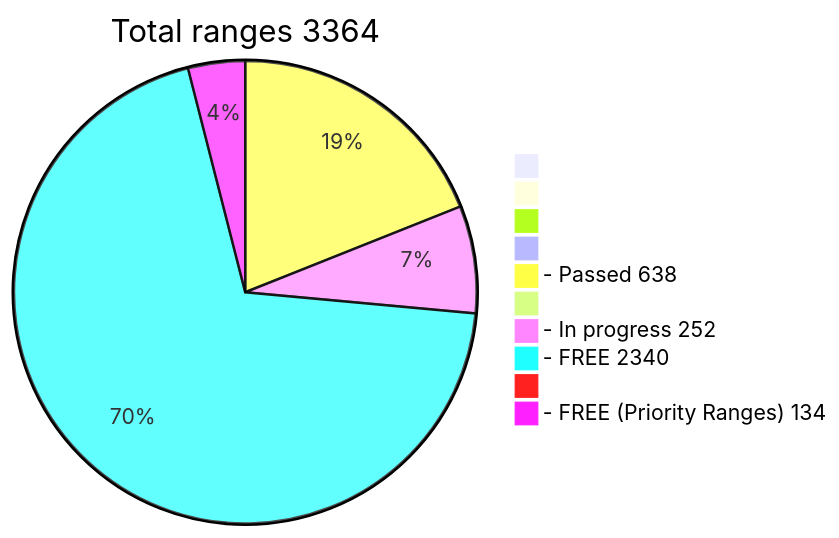
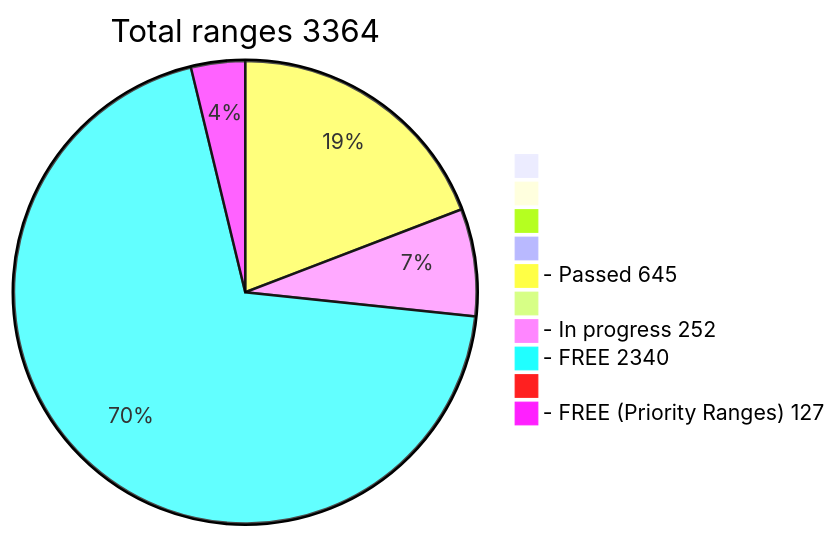
One commit to phrutis/wif500 changed the diagram in README.md. Above: the diagram before and after it, drawn with Mermaid.

````diff
--- a/README.md
+++ b/README.md
@@ -16,13 +16,13 @@
 ```mermaid
 pie title Total ranges 3364
              " " : 0
             "  " : 0
            "   " : 0
           "    " : 0
-  "- Passed 638" : 638
+  "- Passed 645" : 645
          "     " : 0
   "- In progress 252" : 252
    "- FREE 2340" : 2340
         "      " : 0
-  "- FREE (Priority Ranges) 134" : 134
+  "- FREE (Priority Ranges) 127" : 127
 ```
````
